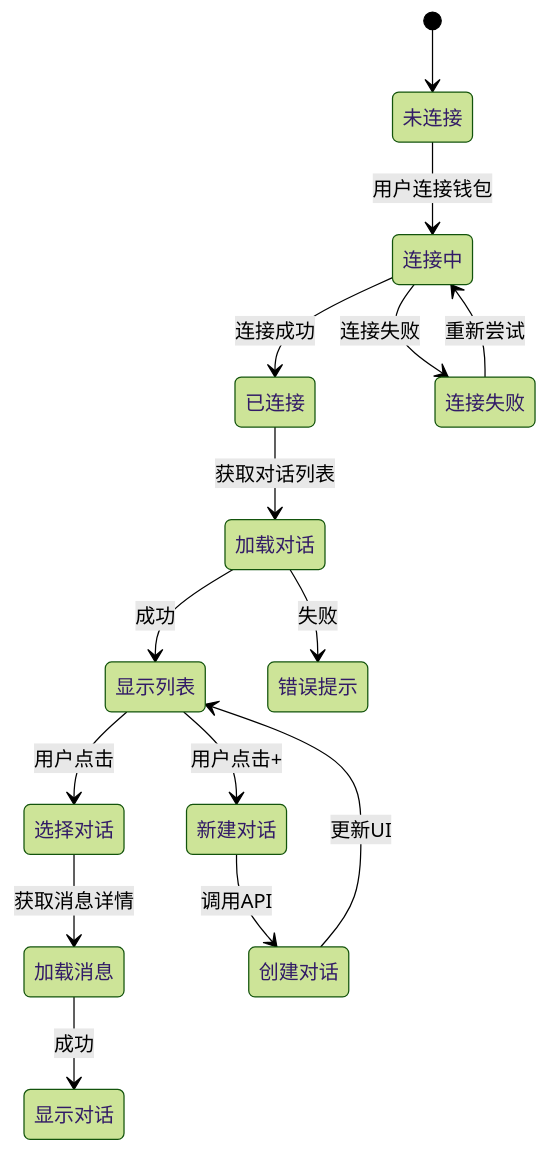
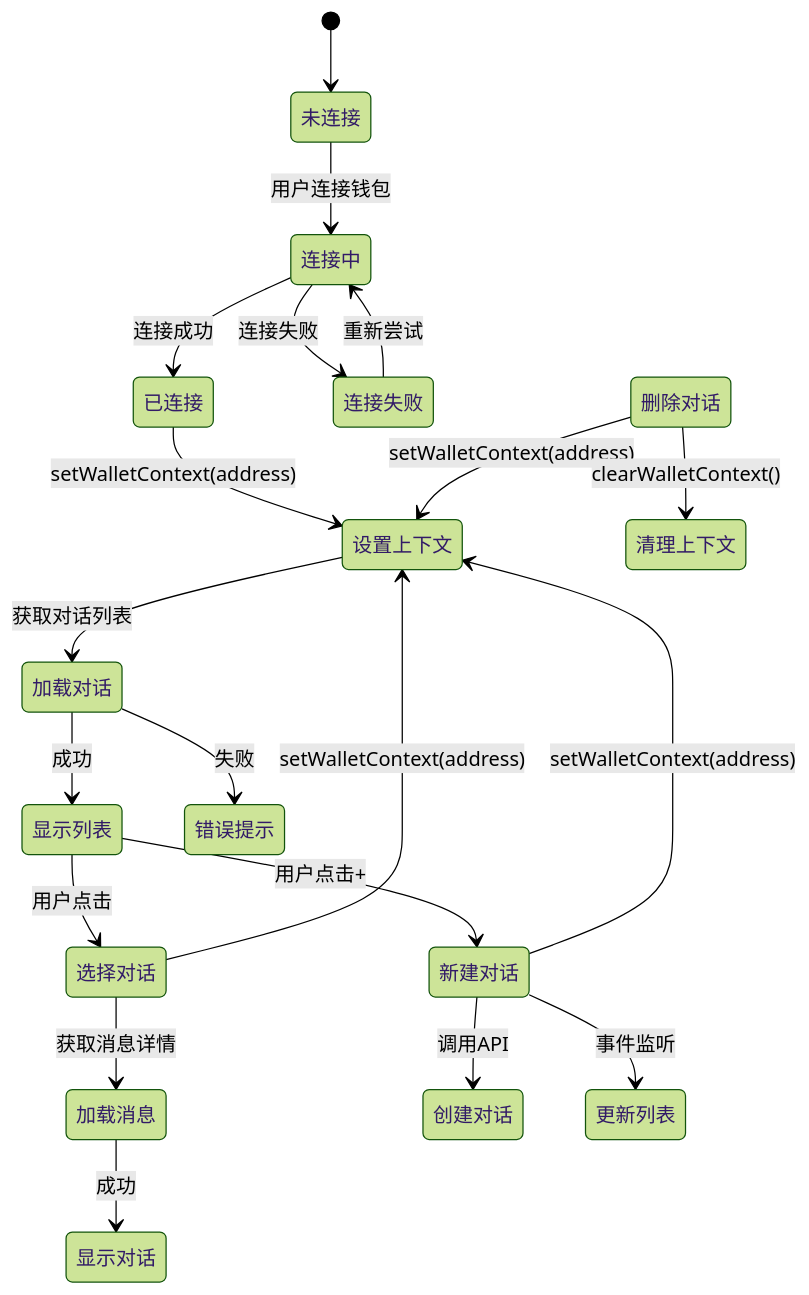
The sixth of 12 diagrams in .qoder/repowiki/zh/content/核心技能详解/对话持久化系统.md (CryptoLinxu/Web3-AI-Agent), drawn with Mermaid (forest theme) before and after one commit. The commit also changed other lines of this file and 3 other files, not shown here.

````diff
--- a/.qoder/repowiki/zh/content/核心技能详解/对话持久化系统.md
+++ b/.qoder/repowiki/zh/content/核心技能详解/对话持久化系统.md
@@ -265,17 +284,22 @@
 ```mermaid
 stateDiagram-v2
 [*] --> 未连接
 未连接 --> 连接中 : 用户连接钱包
 连接中 --> 已连接 : 连接成功
 连接中 --> 连接失败 : 连接失败
 连接失败 --> 连接中 : 重新尝试
-已连接 --> 加载对话 : 获取对话列表
+已连接 --> 设置上下文 : setWalletContext(address)
+设置上下文 --> 加载对话 : 获取对话列表
 加载对话 --> 显示列表 : 成功
 加载对话 --> 错误提示 : 失败
 显示列表 --> 选择对话 : 用户点击
 显示列表 --> 新建对话 : 用户点击+
+选择对话 --> 设置上下文 : setWalletContext(address)
 选择对话 --> 加载消息 : 获取消息详情
 加载消息 --> 显示对话 : 成功
 新建对话 --> 创建对话 : 调用API
-创建对话 --> 显示列表 : 更新UI
+新建对话 --> 设置上下文 : setWalletContext(address)
+新建对话 --> 更新列表 : 事件监听
+删除对话 --> 设置上下文 : setWalletContext(address)
+删除对话 --> 清理上下文 : clearWalletContext()
 ```
````
